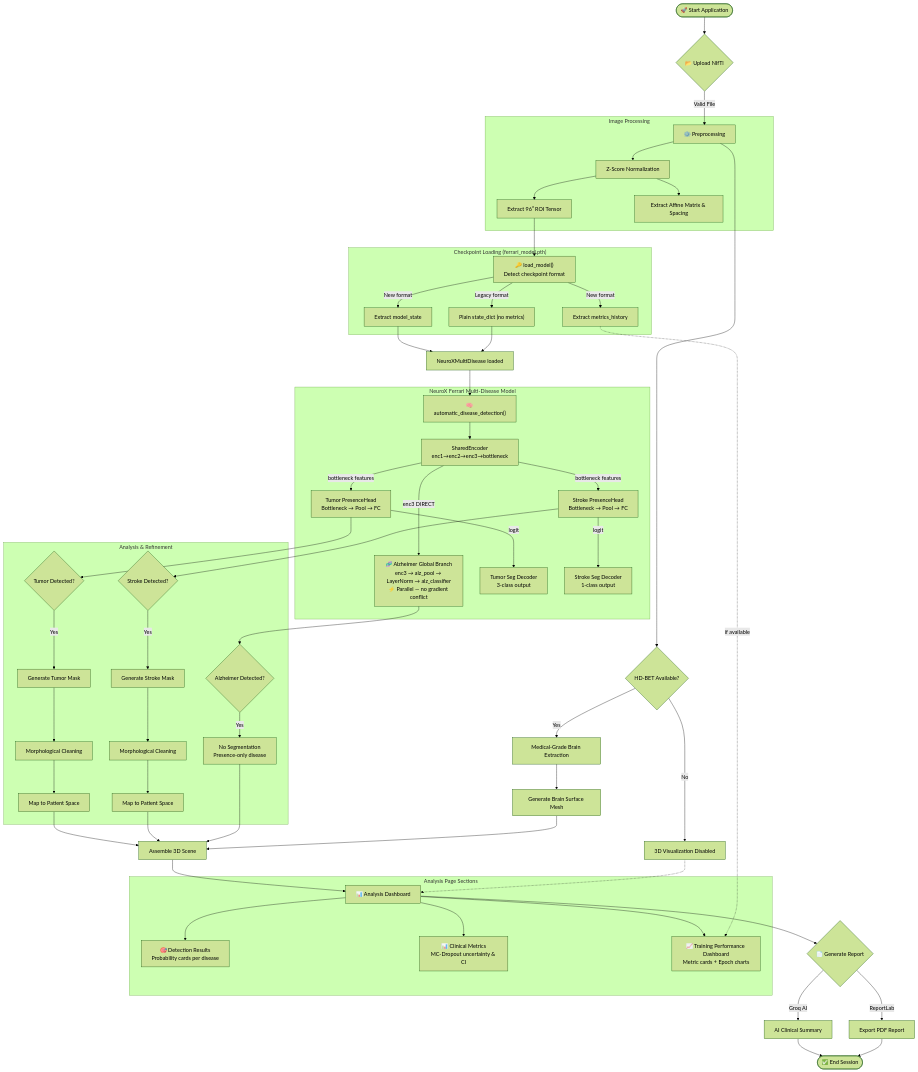
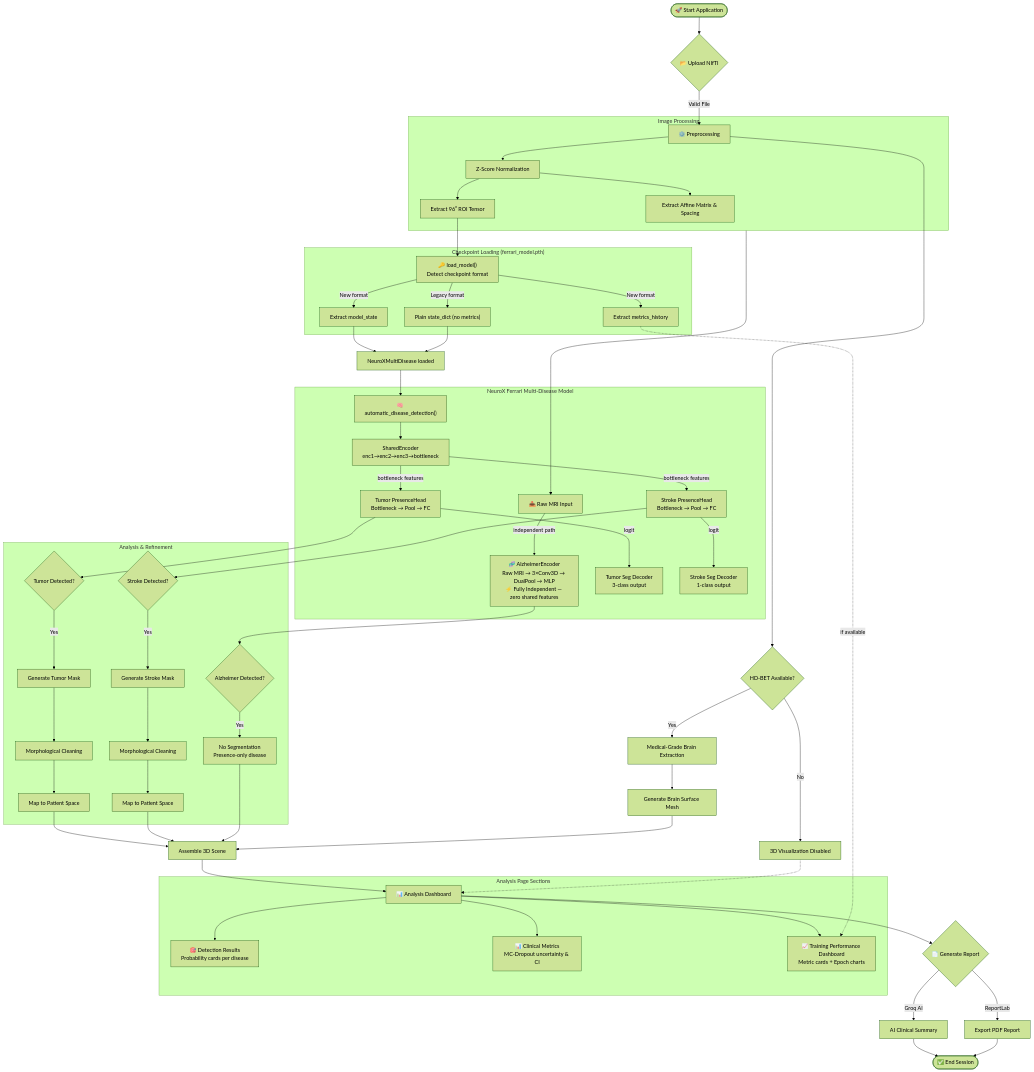
The second of 2 diagrams in README.md (SaiKarthik547/Capstone), drawn with Mermaid (forest theme) before and after one commit. The commit also changed other lines of this file, not shown here.

Commit message:
architecture update

````diff
--- a/README.md
+++ b/README.md
@@ -358,78 +360,81 @@
 ```mermaid
 flowchart TD
     Start([🚀 Start Application]) --> Upload{📂 Upload NIfTI}
     Upload -->|Valid File| Preprocess[⚙️ Preprocessing]
 
     subgraph Preprocessing_Stage ["Image Processing"]
         Preprocess --> Normalize[Z-Score Normalization]
         Normalize --> ROI["Extract 96³ ROI Tensor"]
         Normalize --> Affine["Extract Affine Matrix & Spacing"]
     end
 
     ROI --> LoadModel["🔑 load_model()\nDetect checkpoint format"]
 
     subgraph Checkpoint_Load ["Checkpoint Loading (ferrari_model.pth)"]
         LoadModel -->|New format| ExtractState["Extract model_state"]
         LoadModel -->|New format| ExtractMetrics["Extract metrics_history"]
         LoadModel -->|Legacy format| LegacyLoad["Plain state_dict (no metrics)"]
     end
 
     ExtractState --> ModelReady["NeuroXMultiDisease loaded"]
     LegacyLoad --> ModelReady
 
     ModelReady --> Inference["🧠 automatic_disease_detection()"]
 
     subgraph AI_Engine ["NeuroX Ferrari Multi-Disease Model"]
         Inference --> Encoder["SharedEncoder\nenc1→enc2→enc3→bottleneck"]
 
         Encoder -->|bottleneck features| TumorHead["Tumor PresenceHead\nBottleneck → Pool → FC"]
         Encoder -->|bottleneck features| StrokeHead["Stroke PresenceHead\nBottleneck → Pool → FC"]
-        Encoder -->|enc3 DIRECT| AlzBranch["🧬 Alzheimer Global Branch\nenc3 → alz_pool → LayerNorm → alz_classifier\n⚡ Parallel — no gradient conflict"]
+
+        RawMRI["📥 Raw MRI Input"] -->|independent path| AlzBranch["🧬 AlzheimerEncoder\nRaw MRI → 3×Conv3D → DualPool → MLP\n⚡ Fully Independent — zero shared features"]
 
         TumorHead -->|logit| TumorSeg["Tumor Seg Decoder\n3-class output"]
         StrokeHead -->|logit| StrokeSeg["Stroke Seg Decoder\n1-class output"]
     end
+
+    Preprocessing_Stage --> RawMRI
 
     TumorHead --> ProbT{Tumor Detected?}
     StrokeHead --> ProbS{Stroke Detected?}
     AlzBranch --> ProbA{"Alzheimer Detected?"}
 
     subgraph Post_Processing ["Analysis & Refinement"]
         ProbT -->|Yes| Mask1[Generate Tumor Mask]
         ProbS -->|Yes| Mask2[Generate Stroke Mask]
         ProbA -->|Yes| NoSeg["No Segmentation\nPresence-only disease"]
 
         Mask1 --> Clean1[Morphological Cleaning]
         Mask2 --> Clean2[Morphological Cleaning]
 
         Clean1 --> Map1[Map to Patient Space]
         Clean2 --> Map2[Map to Patient Space]
     end
 
     Preprocess --> SkullStrip{HD-BET Available?}
     SkullStrip -->|Yes| HDBET[Medical-Grade Brain Extraction]
     SkullStrip -->|No| Fail[3D Visualization Disabled]
 
     HDBET --> BrainSurf[Generate Brain Surface Mesh]
 
     Map1 --> VizScene[Assemble 3D Scene]
     Map2 --> VizScene
     NoSeg --> VizScene
     BrainSurf --> VizScene
 
     VizScene --> Dashboard["📊 Analysis Dashboard"]
     Fail -.-> Dashboard
 
     subgraph Analysis_Page ["Analysis Page Sections"]
         Dashboard --> DetResults["🎯 Detection Results\nProbability cards per disease"]
         Dashboard --> ClinMetrics["📊 Clinical Metrics\nMC-Dropout uncertainty & CI"]
         Dashboard --> TrainDash["📈 Training Performance Dashboard\nMetric cards + Epoch charts"]
         ExtractMetrics -.->|if available| TrainDash
     end
 
     Dashboard --> ReportGen{📄 Generate Report}
     ReportGen -->|Groq AI| AI_Text[AI Clinical Summary]
     ReportGen -->|ReportLab| PDF[Export PDF Report]
     AI_Text --> End([✅ End Session])
     PDF --> End
 ```
````
